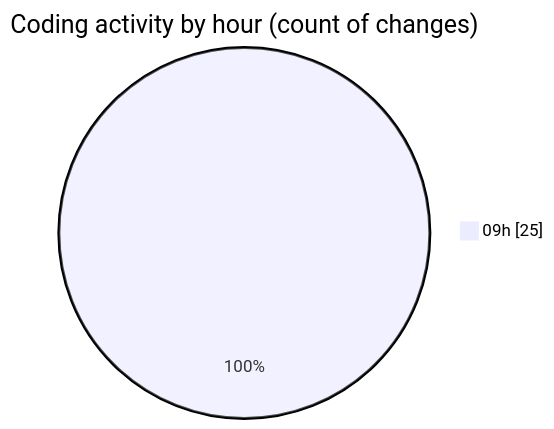
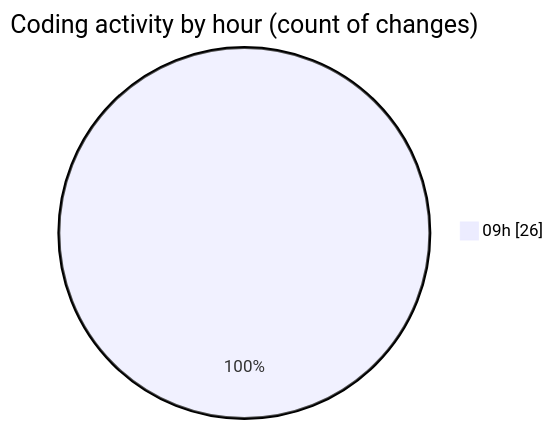
One commit to momahboobian/code-tracking changed the second of 2 diagrams in 2025-11-17/cda/README.md. Above: the diagram before and after it, drawn with Mermaid. The commit also changed other lines of this file and 1 other file, not shown here.

````diff
--- a/2025-11-17/cda/README.md
+++ b/2025-11-17/cda/README.md
@@ -28,5 +28,5 @@
 ```mermaid
 pie showData
 title Coding activity by hour (count of changes)
-"09h" : 25
+"09h" : 26
 ```
````
